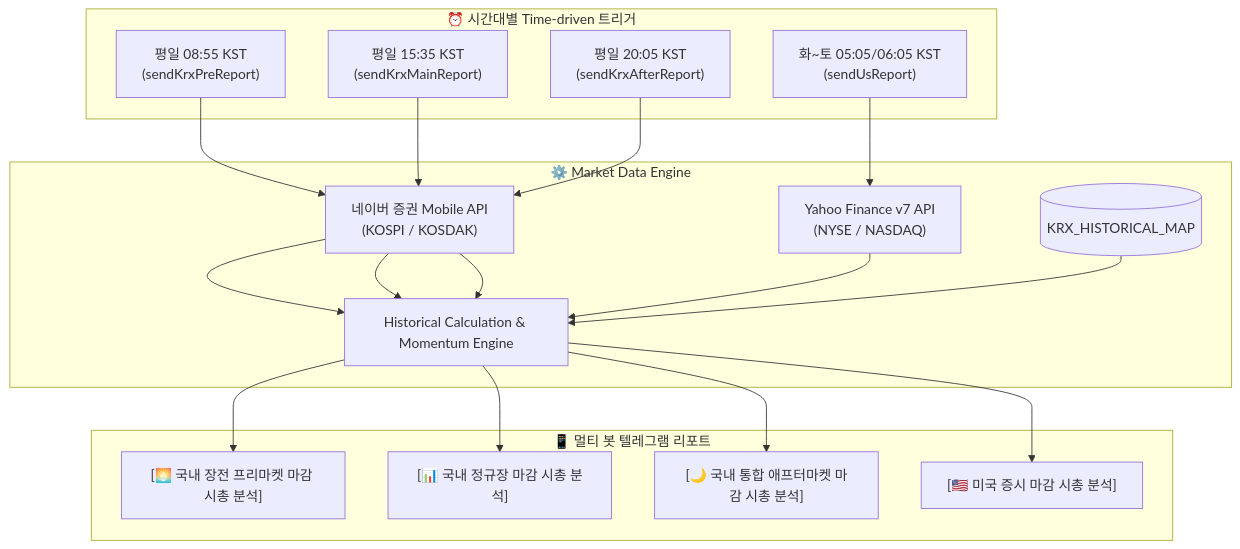
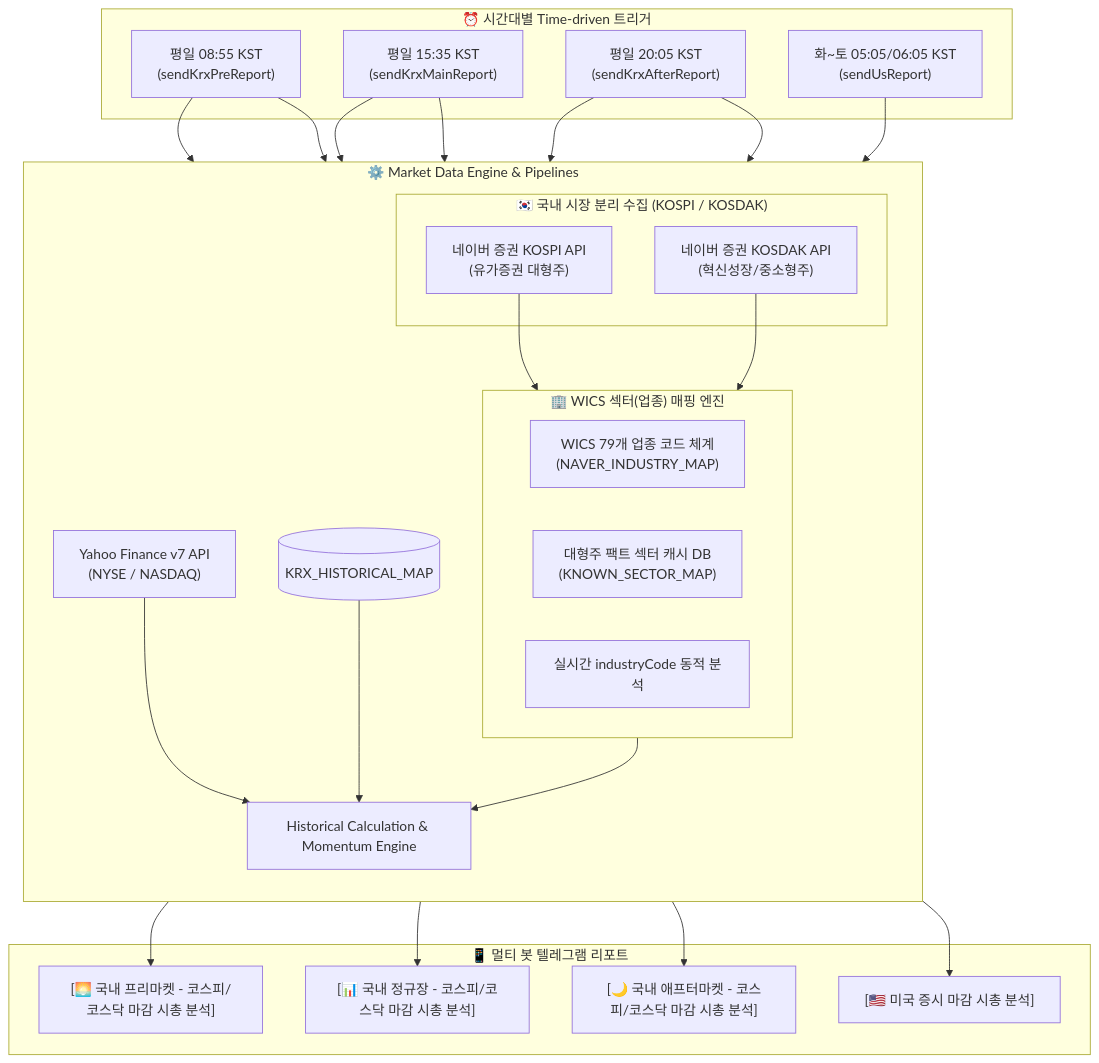
One commit to moozuknet/StockRankInfo changed the diagram in DEVELOPMENT_GUIDE.md. Above: the diagram before and after it, drawn with Mermaid. The commit also changed other lines of this file and 6 other files, not shown here.

First line of the commit message:
feat: KOSPI/KOSDAK market separation and WICS sector info pipeline (v2.4.0)

````diff
--- a/DEVELOPMENT_GUIDE.md
+++ b/DEVELOPMENT_GUIDE.md
@@ -72,34 +72,46 @@
 ```mermaid
 flowchart TD
     subgraph TriggerSchedule["⏰ 시간대별 Time-driven 트리거"]
         T1["평일 08:55 KST<br>(sendKrxPreReport)"]
         T2["평일 15:35 KST<br>(sendKrxMainReport)"]
         T3["평일 20:05 KST<br>(sendKrxAfterReport)"]
         T4["화~토 05:05/06:05 KST<br>(sendUsReport)"]
     end
 
-    subgraph DataEngine["⚙️ Market Data Engine"]
-        API1["네이버 증권 Mobile API<br>(KOSPI / KOSDAK)"]
-        API2["Yahoo Finance v7 API<br>(NYSE / NASDAQ)"]
+    subgraph DataEngine["⚙️ Market Data Engine & Pipelines"]
+        direction TB
+        subgraph MarketSplit["🇰🇷 국내 시장 분리 수집 (KOSPI / KOSDAK)"]
+            API_KOSPI["네이버 증권 KOSPI API<br>(유가증권 대형주)"]
+            API_KOSDAK["네이버 증권 KOSDAK API<br>(혁신성장/중소형주)"]
+        end
+        subgraph SectorEngine["🏢 WICS 섹터(업종) 매핑 엔진"]
+            WICS_MAP["WICS 79개 업종 코드 체계<br>(NAVER_INDUSTRY_MAP)"]
+            SECTOR_CACHE["대형주 팩트 섹터 캐시 DB<br>(KNOWN_SECTOR_MAP)"]
+            SECTOR_DYNAMIC["실시간 industryCode 동적 분석"]
+        end
+        API_US["Yahoo Finance v7 API<br>(NYSE / NASDAQ)"]
         DB[(KRX_HISTORICAL_MAP)]
         Engine["Historical Calculation & Momentum Engine"]
     end
 
     subgraph TelegramAlerts["📱 멀티 봇 텔레그램 리포트"]
-        R1["[🌅 국내 장전 프리마켓 마감 시총 분석]"]
-        R2["[📊 국내 정규장 마감 시총 분석]"]
-        R3["[🌙 국내 통합 애프터마켓 마감 시총 분석]"]
+        R1["[🌅 국내 프리마켓 - 코스피/코스닥 마감 시총 분석]"]
+        R2["[📊 국내 정규장 - 코스피/코스닥 마감 시총 분석]"]
+        R3["[🌙 국내 애프터마켓 - 코스피/코스닥 마감 시총 분석]"]
         R4["[🇺🇸 미국 증시 마감 시총 분석]"]
     end
 
-    T1 --> API1 --> Engine
-    T2 --> API1 --> Engine
-    T3 --> API1 --> Engine
-    T4 --> API2 --> Engine
+    T1 --> API_KOSPI & API_KOSDAK
+    T2 --> API_KOSPI & API_KOSDAK
+    T3 --> API_KOSPI & API_KOSDAK
+    T4 --> API_US
+
+    API_KOSPI & API_KOSDAK --> SectorEngine --> Engine
+    API_US --> Engine
     DB --> Engine
 
     Engine --> R1
     Engine --> R2
     Engine --> R3
     Engine --> R4
 ```
````
